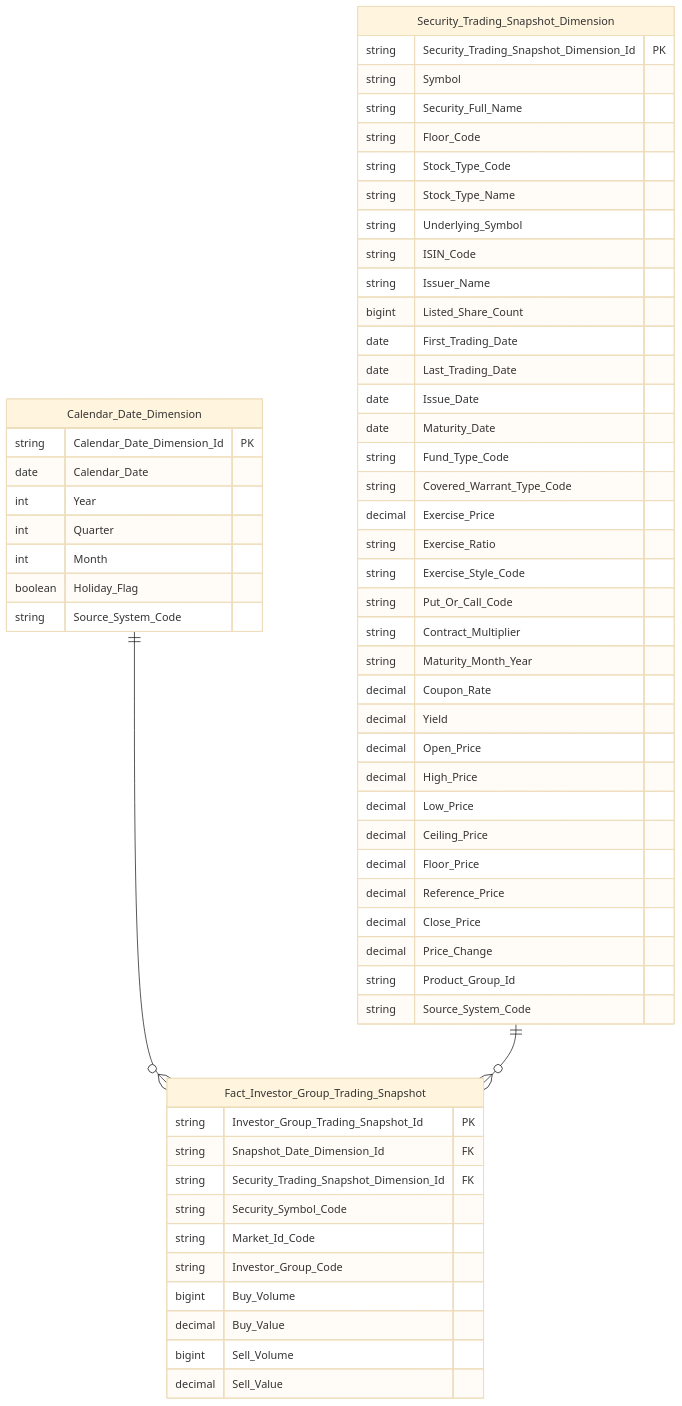
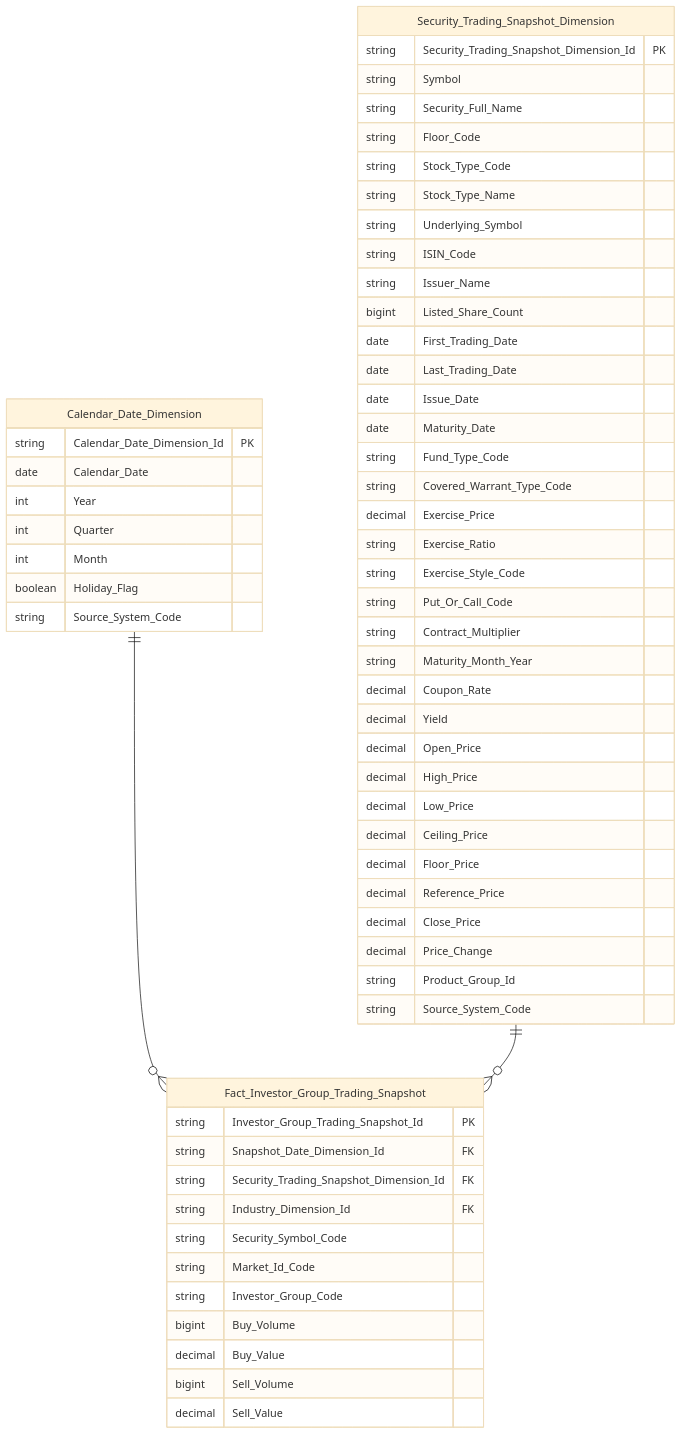
Diagram 18 of 56 in Datamart/hld/DTM_VP_HLD.md (linhlvit/ubck_atomic_design), drawn with Mermaid (base theme) before and after one commit. The commit also changed other lines of this file and 22 other files, not shown here.

````diff
--- a/Datamart/hld/DTM_VP_HLD.md
+++ b/Datamart/hld/DTM_VP_HLD.md
@@ -1021,62 +1029,63 @@
 ```mermaid
 erDiagram
     Calendar_Date_Dimension {
         string Calendar_Date_Dimension_Id PK
         date Calendar_Date
         int Year
         int Quarter
         int Month
         boolean Holiday_Flag
         string Source_System_Code
     }
     Security_Trading_Snapshot_Dimension {
         string Security_Trading_Snapshot_Dimension_Id PK
         string Symbol
         string Security_Full_Name
         string Floor_Code
         string Stock_Type_Code
         string Stock_Type_Name
         string Underlying_Symbol
         string ISIN_Code
         string Issuer_Name
         bigint Listed_Share_Count
         date First_Trading_Date
         date Last_Trading_Date
         date Issue_Date
         date Maturity_Date
         string Fund_Type_Code
         string Covered_Warrant_Type_Code
         decimal Exercise_Price
         string Exercise_Ratio
         string Exercise_Style_Code
         string Put_Or_Call_Code
         string Contract_Multiplier
         string Maturity_Month_Year
         decimal Coupon_Rate
         decimal Yield
         decimal Open_Price
         decimal High_Price
         decimal Low_Price
         decimal Ceiling_Price
         decimal Floor_Price
         decimal Reference_Price
         decimal Close_Price
         decimal Price_Change
         string Product_Group_Id
         string Source_System_Code
     }
     Fact_Investor_Group_Trading_Snapshot {
         string Investor_Group_Trading_Snapshot_Id PK
         string Snapshot_Date_Dimension_Id FK
         string Security_Trading_Snapshot_Dimension_Id FK
+        string Industry_Dimension_Id FK
         string Security_Symbol_Code
         string Market_Id_Code
         string Investor_Group_Code
         bigint Buy_Volume
         decimal Buy_Value
         bigint Sell_Volume
         decimal Sell_Value
     }
     Calendar_Date_Dimension ||--o{ Fact_Investor_Group_Trading_Snapshot : " "
     Security_Trading_Snapshot_Dimension ||--o{ Fact_Investor_Group_Trading_Snapshot : " "
 ```
````
